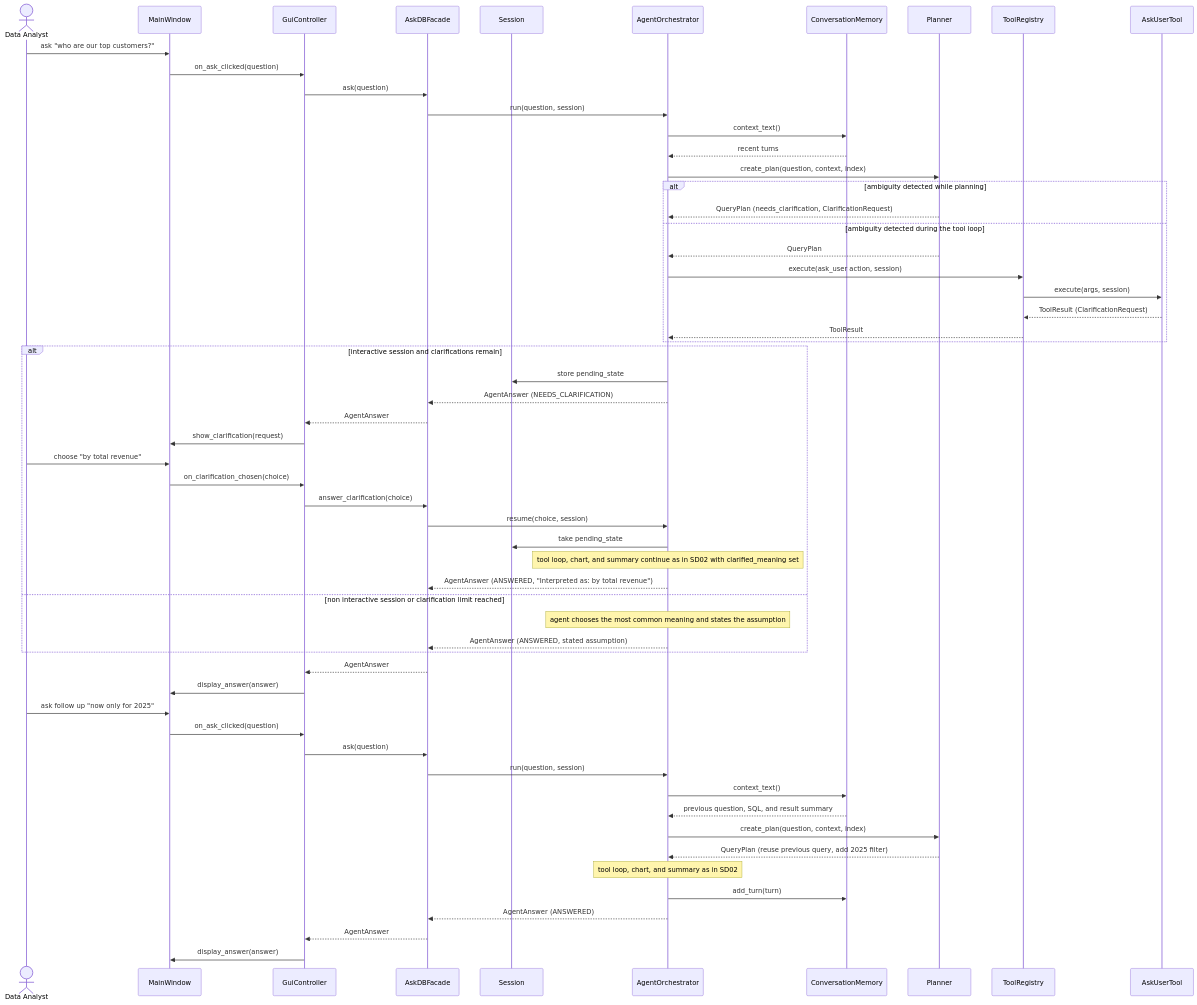
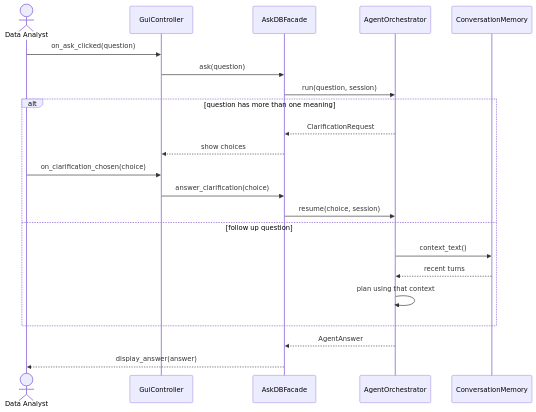
The tenth of 15 diagrams in docs/Stage1_Design_Report.md (krishi-shah/AskDB-Data-Analyst-Agent), drawn with Mermaid before and after one commit. The commit also changed other lines of this file, not shown here.

Commit message:
Name the missing design principles and keep only the UML diagrams Stage 1 asks for.

````diff
--- a/docs/Stage1_Design_Report.md
+++ b/docs/Stage1_Design_Report.md
@@ -1966,62 +1107,25 @@
 ```mermaid
 sequenceDiagram
     actor A as Data Analyst
-    participant MW as MainWindow
     participant GC as GuiController
     participant F as AskDBFacade
-    participant S as Session
     participant O as AgentOrchestrator
     participant CM as ConversationMemory
-    participant P as Planner
-    participant TR as ToolRegistry
-    participant AU as AskUserTool
 
-    A->>MW: ask "who are our top customers?"
-    MW->>GC: on_ask_clicked(question)
+    A->>GC: on_ask_clicked(question)
     GC->>F: ask(question)
     F->>O: run(question, session)
-    O->>CM: context_text()
-    CM-->>O: recent turns
-    O->>P: create_plan(question, context, index)
-    alt ambiguity detected while planning
-        P-->>O: QueryPlan (needs_clarification, ClarificationRequest)
-    else ambiguity detected during the tool loop
-        P-->>O: QueryPlan
-        O->>TR: execute(ask_user action, session)
-        TR->>AU: execute(args, session)
-        AU-->>TR: ToolResult (ClarificationRequest)
-        TR-->>O: ToolResult
-    end
-    alt interactive session and clarifications remain
-        O->>S: store pending_state
-        O-->>F: AgentAnswer (NEEDS_CLARIFICATION)
-        F-->>GC: AgentAnswer
-        GC->>MW: show_clarification(request)
-        A->>MW: choose "by total revenue"
-        MW->>GC: on_clarification_chosen(choice)
+    alt question has more than one meaning
+        O-->>F: ClarificationRequest
+        F-->>GC: show choices
+        A->>GC: on_clarification_chosen(choice)
         GC->>F: answer_clarification(choice)
         F->>O: resume(choice, session)
-        O->>S: take pending_state
-        Note over O: tool loop, chart, and summary continue as in SD02 with clarified_meaning set
-        O-->>F: AgentAnswer (ANSWERED, "Interpreted as: by total revenue")
-    else non interactive session or clarification limit reached
-        Note over O: agent chooses the most common meaning and states the assumption
-        O-->>F: AgentAnswer (ANSWERED, stated assumption)
+    else follow up question
+        O->>CM: context_text()
+        CM-->>O: recent turns
+        O->>O: plan using that context
     end
-    F-->>GC: AgentAnswer
-    GC->>MW: display_answer(answer)
-
-    A->>MW: ask follow up "now only for 2025"
-    MW->>GC: on_ask_clicked(question)
-    GC->>F: ask(question)
-    F->>O: run(question, session)
-    O->>CM: context_text()
-    CM-->>O: previous question, SQL, and result summary
-    O->>P: create_plan(question, context, index)
-    P-->>O: QueryPlan (reuse previous query, add 2025 filter)
-    Note over O: tool loop, chart, and summary as in SD02
-    O->>CM: add_turn(turn)
-    O-->>F: AgentAnswer (ANSWERED)
-    F-->>GC: AgentAnswer
-    GC->>MW: display_answer(answer)
+    O-->>F: AgentAnswer
+    F-->>A: display_answer(answer)
 ```
````
